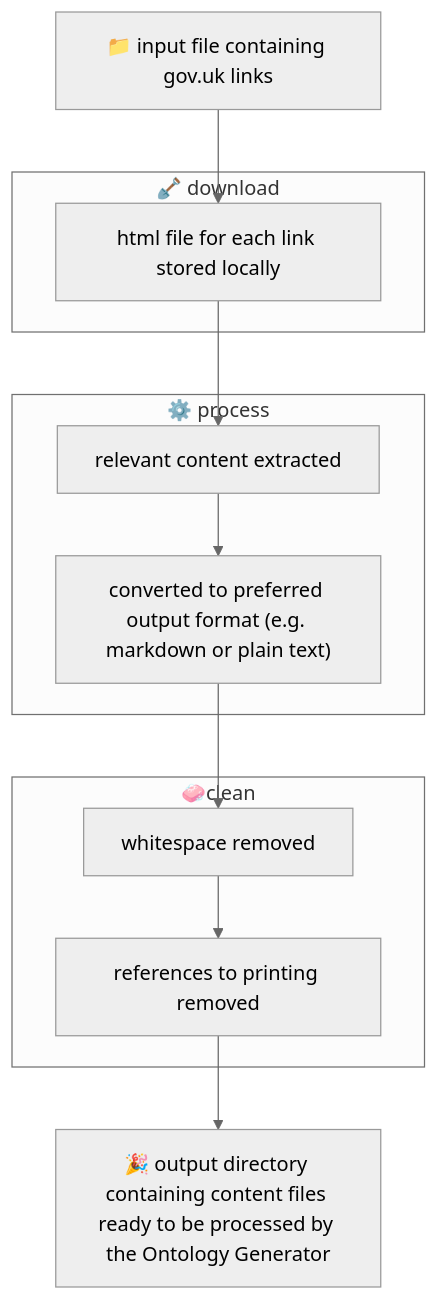
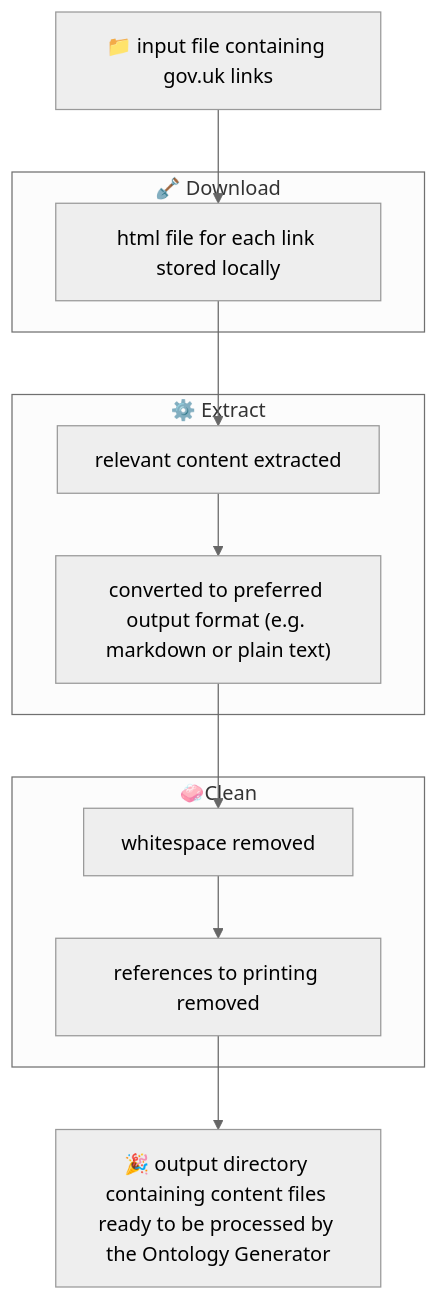
Before and after one commit to alphagov/govuk-ai-accelerator: the diagram in scripts/ingestion/README.md, drawn with Mermaid (neutral theme). The commit also changed other lines of this file and 2 other files, not shown here.

Commit message:
Update name of "process" step to "extract"

````diff
--- a/scripts/ingestion/README.md
+++ b/scripts/ingestion/README.md
@@ -7,16 +7,16 @@
 ```mermaid
 flowchart TB
     c2-->b1
     b2-->a1
     c1["📁 input file containing gov.uk links"]-->c2
     a2-->d1["🎉 output directory containing content files ready to be processed by the Ontology Generator"]
-    subgraph "🧼clean"
+    subgraph "🧼Clean"
     a1["whitespace removed"]-->a2["references to printing removed"]
     end
-    subgraph "⚙️ process"
+    subgraph "⚙️ Extract"
     b1["relevant content extracted"]-->b2["converted to preferred output format (e.g. markdown or plain text)"]
     end
-    subgraph "🪏 download"
+    subgraph "🪏 Download"
     c2["html file for each link stored locally"]
     end
 ```
````
